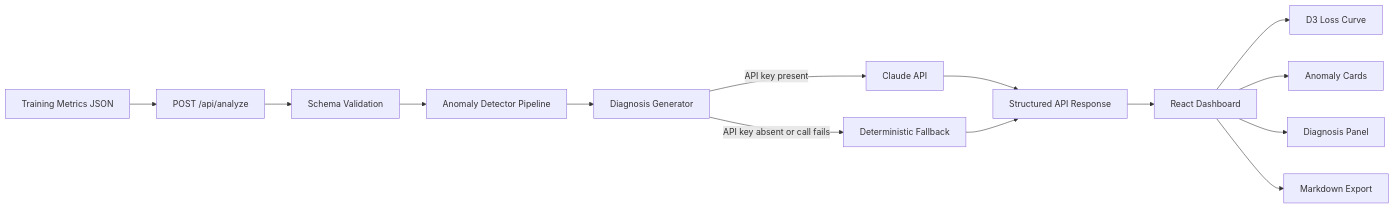
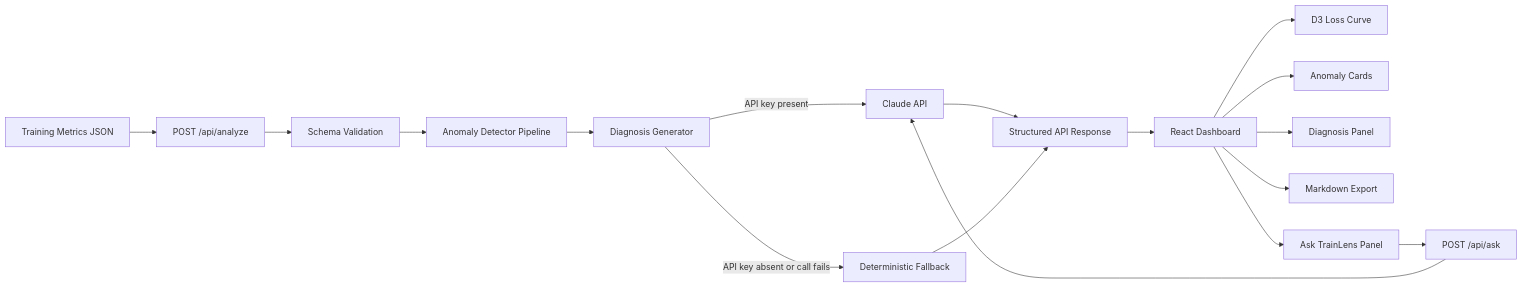
Before and after one commit to agarwalpragya/trainlens-ai: the diagram in README.md, drawn with Mermaid. The commit also changed other lines of this file and 17 other files, not shown here.

Commit message:
Fix layout, add JSON upload, GPU and memory charts - all verified

````diff
--- a/README.md
+++ b/README.md
@@ -51,16 +56,19 @@
 ```mermaid
 flowchart LR
     A[Training Metrics JSON] --> B[POST /api/analyze]
     B --> C[Schema Validation]
     C --> D[Anomaly Detector Pipeline]
     D --> E[Diagnosis Generator]
     E -->|API key present| F[Claude API]
     E -->|API key absent or call fails| G[Deterministic Fallback]
     F --> H[Structured API Response]
     G --> H
     H --> I[React Dashboard]
     I --> J[D3 Loss Curve]
     I --> K[Anomaly Cards]
     I --> L[Diagnosis Panel]
     I --> M[Markdown Export]
+    I --> N[Ask TrainLens Panel]
+    N --> O[POST /api/ask]
+    O --> F
 ```
````
